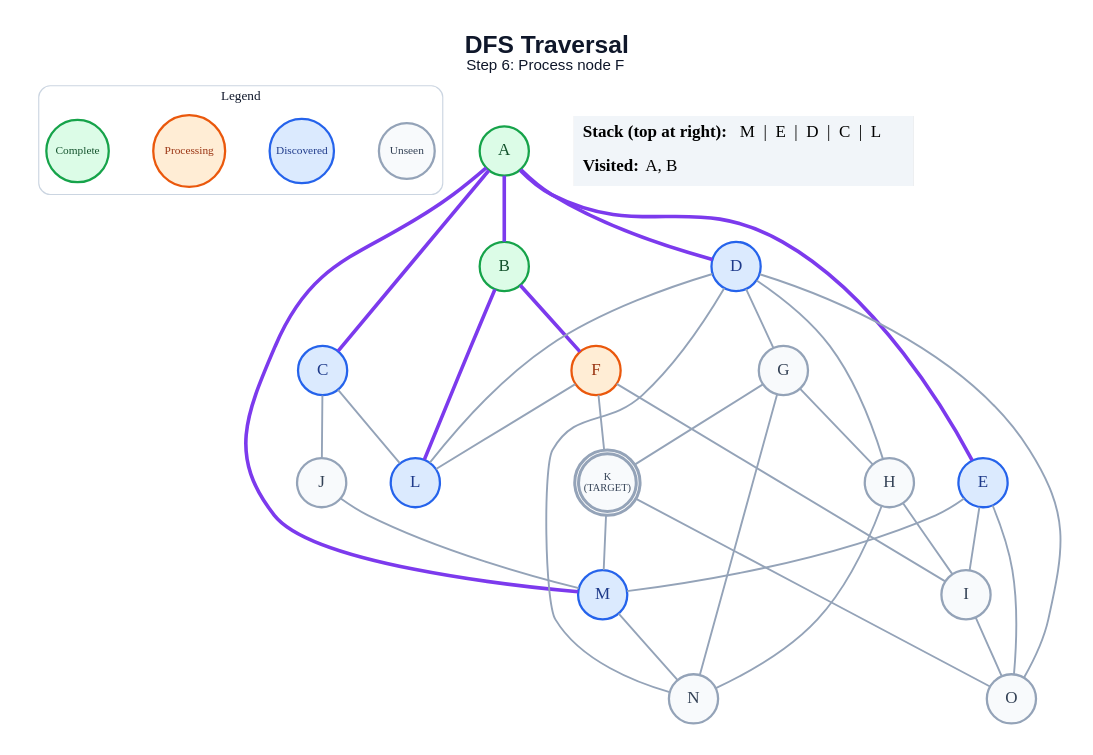
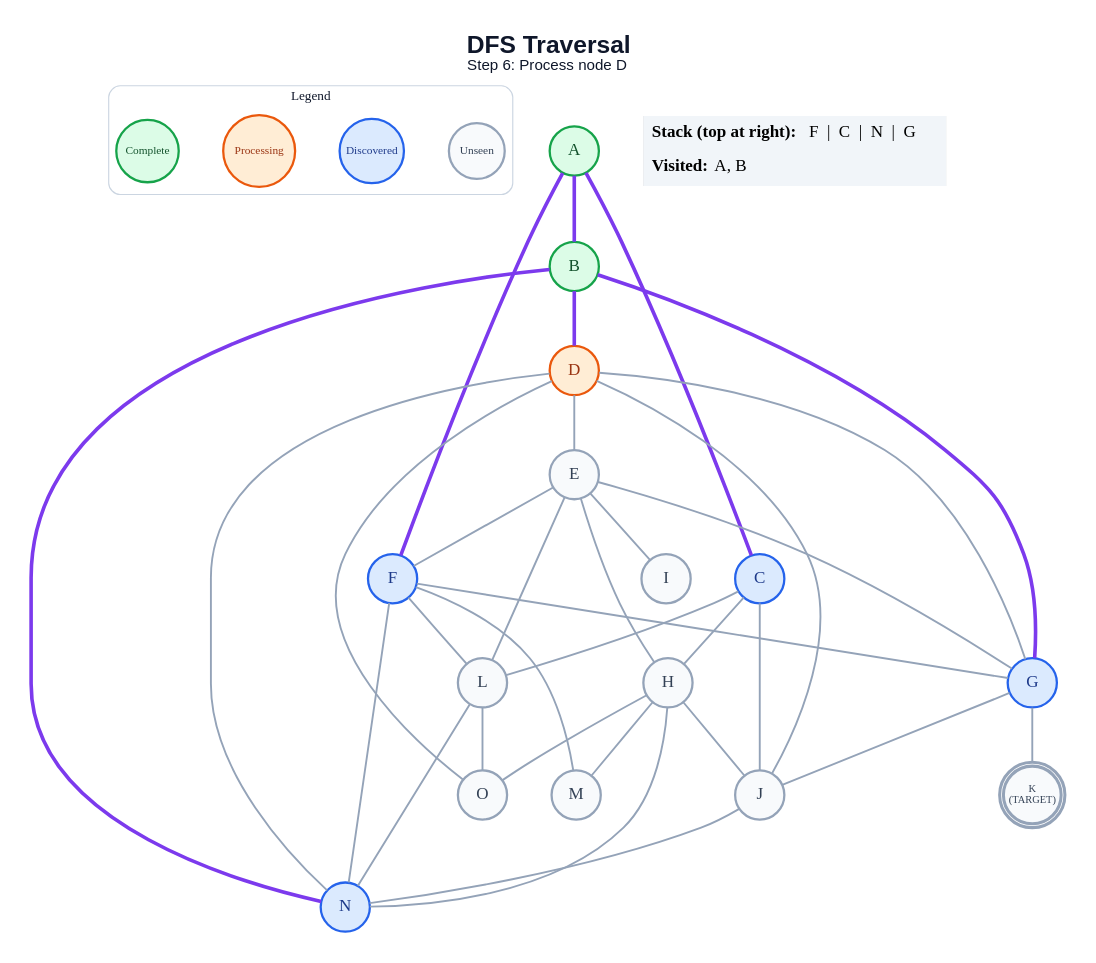
One commit to anon7238593-create/ai-slop changed the diagram in generated/short-circuit/dfs/step_06.dot. Above: the diagram before and after it, drawn with Graphviz. The commit also changed 309 other files, not shown here.

```diff
--- a/generated/short-circuit/dfs/step_06.dot
+++ b/generated/short-circuit/dfs/step_06.dot
@@ -1,64 +1,66 @@
 graph traversal {
   graph [layout=dot, rankdir=TB, bgcolor="#FFFFFF", pad="0.35", nodesep="0.65", ranksep="0.8", fontname="Arial"];
   node [shape=circle, style="filled", fontname="Arial Bold", fontsize=18, width=0.72, fixedsize=true, penwidth=2.4];
   edge [color="#94A3B8", penwidth=2.0];
-  label=<<B>DFS Traversal</B><BR/><FONT POINT-SIZE="16">Step 6: Process node F</FONT>>; labelloc="t"; fontsize=26; fontname="Arial"; fontcolor="#0F172A";
+  label=<<B>DFS Traversal</B><BR/><FONT POINT-SIZE="16">Step 6: Process node D</FONT>>; labelloc="t"; fontsize=26; fontname="Arial"; fontcolor="#0F172A";
   subgraph cluster_legend { label="Legend"; color="#CBD5E1"; penwidth=1.2; style="rounded"; fontsize=14; fontname="Arial Bold";
     key_unseen [label="Unseen", fillcolor="#F8FAFC", color="#94A3B8", fontcolor="#334155", fontsize=12, width=0.82];
     key_frontier [label="Discovered", fillcolor="#DBEAFE", color="#2563EB", fontcolor="#1E3A8A", fontsize=12, width=0.95];
     key_current [label="Processing", fillcolor="#FFEDD5", color="#EA580C", fontcolor="#9A3412", fontsize=12, width=1.05];
     key_done [label="Complete", fillcolor="#DCFCE7", color="#16A34A", fontcolor="#14532D", fontsize=12, width=0.92];
     { rank=same; key_unseen; key_frontier; key_current; key_done; }
   }
   A [label="A", fillcolor="#DCFCE7", color="#16A34A", fontcolor="#14532D", peripheries=1, penwidth=2.4];
   B [label="B", fillcolor="#DCFCE7", color="#16A34A", fontcolor="#14532D", peripheries=1, penwidth=2.4];
   C [label="C", fillcolor="#DBEAFE", color="#2563EB", fontcolor="#1E3A8A", peripheries=1, penwidth=2.4];
-  D [label="D", fillcolor="#DBEAFE", color="#2563EB", fontcolor="#1E3A8A", peripheries=1, penwidth=2.4];
-  E [label="E", fillcolor="#DBEAFE", color="#2563EB", fontcolor="#1E3A8A", peripheries=1, penwidth=2.4];
-  F [label="F", fillcolor="#FFEDD5", color="#EA580C", fontcolor="#9A3412", peripheries=1, penwidth=2.4];
-  G [label="G", fillcolor="#F8FAFC", color="#94A3B8", fontcolor="#334155", peripheries=1, penwidth=2.4];
+  D [label="D", fillcolor="#FFEDD5", color="#EA580C", fontcolor="#9A3412", peripheries=1, penwidth=2.4];
+  E [label="E", fillcolor="#F8FAFC", color="#94A3B8", fontcolor="#334155", peripheries=1, penwidth=2.4];
+  F [label="F", fillcolor="#DBEAFE", color="#2563EB", fontcolor="#1E3A8A", peripheries=1, penwidth=2.4];
+  G [label="G", fillcolor="#DBEAFE", color="#2563EB", fontcolor="#1E3A8A", peripheries=1, penwidth=2.4];
   H [label="H", fillcolor="#F8FAFC", color="#94A3B8", fontcolor="#334155", peripheries=1, penwidth=2.4];
   I [label="I", fillcolor="#F8FAFC", color="#94A3B8", fontcolor="#334155", peripheries=1, penwidth=2.4];
   J [label="J", fillcolor="#F8FAFC", color="#94A3B8", fontcolor="#334155", peripheries=1, penwidth=2.4];
   K [label="K\n(TARGET)", fillcolor="#F8FAFC", color="#94A3B8", fontcolor="#334155", peripheries=2, penwidth=3.2, fontsize=11, width=0.85, height=0.85];
-  L [label="L", fillcolor="#DBEAFE", color="#2563EB", fontcolor="#1E3A8A", peripheries=1, penwidth=2.4];
-  M [label="M", fillcolor="#DBEAFE", color="#2563EB", fontcolor="#1E3A8A", peripheries=1, penwidth=2.4];
-  N [label="N", fillcolor="#F8FAFC", color="#94A3B8", fontcolor="#334155", peripheries=1, penwidth=2.4];
+  L [label="L", fillcolor="#F8FAFC", color="#94A3B8", fontcolor="#334155", peripheries=1, penwidth=2.4];
+  M [label="M", fillcolor="#F8FAFC", color="#94A3B8", fontcolor="#334155", peripheries=1, penwidth=2.4];
+  N [label="N", fillcolor="#DBEAFE", color="#2563EB", fontcolor="#1E3A8A", peripheries=1, penwidth=2.4];
   O [label="O", fillcolor="#F8FAFC", color="#94A3B8", fontcolor="#334155", peripheries=1, penwidth=2.4];
   A -- B [color="#7C3AED", penwidth=3.8];
   A -- C [color="#7C3AED", penwidth=3.8];
-  A -- D [color="#7C3AED", penwidth=3.8];
-  A -- E [color="#7C3AED", penwidth=3.8];
-  A -- M [color="#7C3AED", penwidth=3.8];
-  B -- F [color="#7C3AED", penwidth=3.8];
-  B -- L [color="#7C3AED", penwidth=3.8];
+  A -- F [color="#7C3AED", penwidth=3.8];
+  B -- D [color="#7C3AED", penwidth=3.8];
+  B -- G [color="#7C3AED", penwidth=3.8];
+  B -- N [color="#7C3AED", penwidth=3.8];
+  C -- H;
   C -- J;
   C -- L;
+  D -- E;
   D -- G;
-  D -- H;
-  D -- L;
+  D -- J;
   D -- N;
   D -- O;
+  E -- F;
+  E -- G;
+  E -- H;
   E -- I;
-  E -- M;
-  E -- O;
-  F -- I;
-  F -- K;
+  E -- L;
+  F -- G;
   F -- L;
-  G -- H;
+  F -- M;
+  F -- N;
+  G -- J;
   G -- K;
-  G -- N;
-  H -- I;
+  H -- J;
+  H -- M;
   H -- N;
-  I -- O;
-  J -- M;
-  K -- M;
-  K -- O;
-  M -- N;
+  H -- O;
+  J -- N;
+  L -- N;
+  L -- O;
   status [shape=plain, fixedsize=false, width=0, height=0, margin=0, label=<
     <TABLE BORDER="0" CELLBORDER="0" CELLPADDING="7" BGCOLOR="#F1F5F9">
-      <TR><TD ALIGN="LEFT"><B>Stack (top at right):</B> M  |  E  |  D  |  C  |  L</TD></TR>
+      <TR><TD ALIGN="LEFT"><B>Stack (top at right):</B> F  |  C  |  N  |  G</TD></TR>
       <TR><TD ALIGN="LEFT"><B>Visited:</B> A, B</TD></TR>
     </TABLE>
   >];
 }
```
